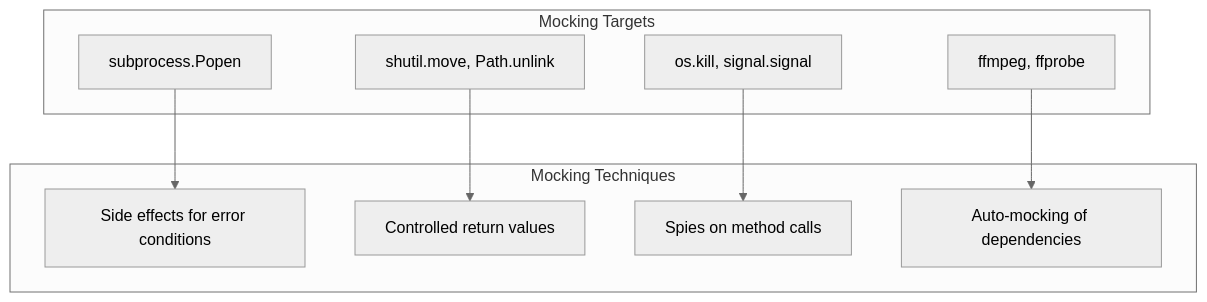
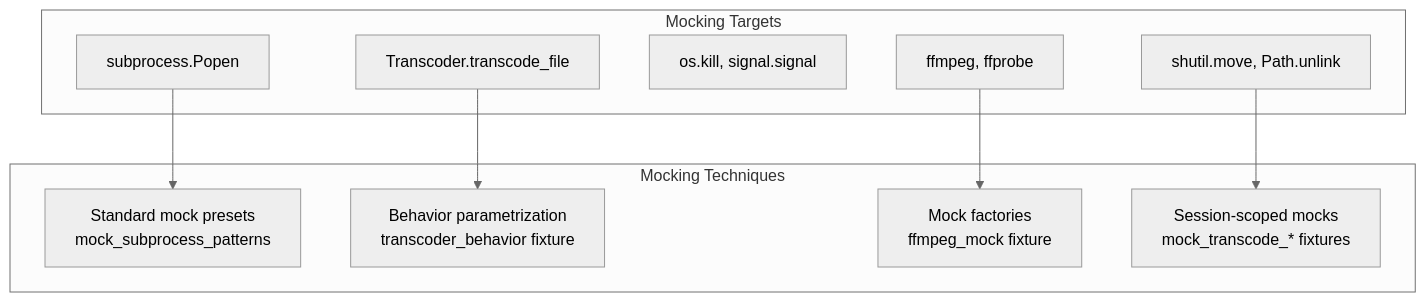
One commit to WombatFromHell/reo-cam-archiver changed the seventh of 8 diagrams in DESIGN.md. Above: the diagram before and after it, drawn with Mermaid (neutral theme). The commit also changed other lines of this file and 4 other files, not shown here.

````diff
--- a/DESIGN.md
+++ b/DESIGN.md
@@ -235,21 +311,22 @@
 ```mermaid
 graph TB
     subgraph "Mocking Targets"
         Subprocess[subprocess.Popen]
         FileOperations[shutil.move, Path.unlink]
         SystemCalls[os.kill, signal.signal]
         ExternalTools[ffmpeg, ffprobe]
+        Transcoder[Transcoder.transcode_file]
     end
 
     subgraph "Mocking Techniques"
-        SideEffects[Side effects for error conditions]
-        ReturnValues[Controlled return values]
-        Spies[Spies on method calls]
-        AutoMocking[Auto-mocking of dependencies]
+        StandardPresets[Standard mock presets<br/>mock_subprocess_patterns]
+        BehaviorParams[Behavior parametrization<br/>transcoder_behavior fixture]
+        FactoryMocks[Mock factories<br/>ffmpeg_mock fixture]
+        SessionMocks[Session-scoped mocks<br/>mock_transcode_* fixtures]
     end
 
-    Subprocess --> SideEffects
-    FileOperations --> ReturnValues
-    SystemCalls --> Spies
-    ExternalTools --> AutoMocking
+    Subprocess --> StandardPresets
+    Transcoder --> BehaviorParams
+    ExternalTools --> FactoryMocks
+    FileOperations --> SessionMocks
 ```
````
